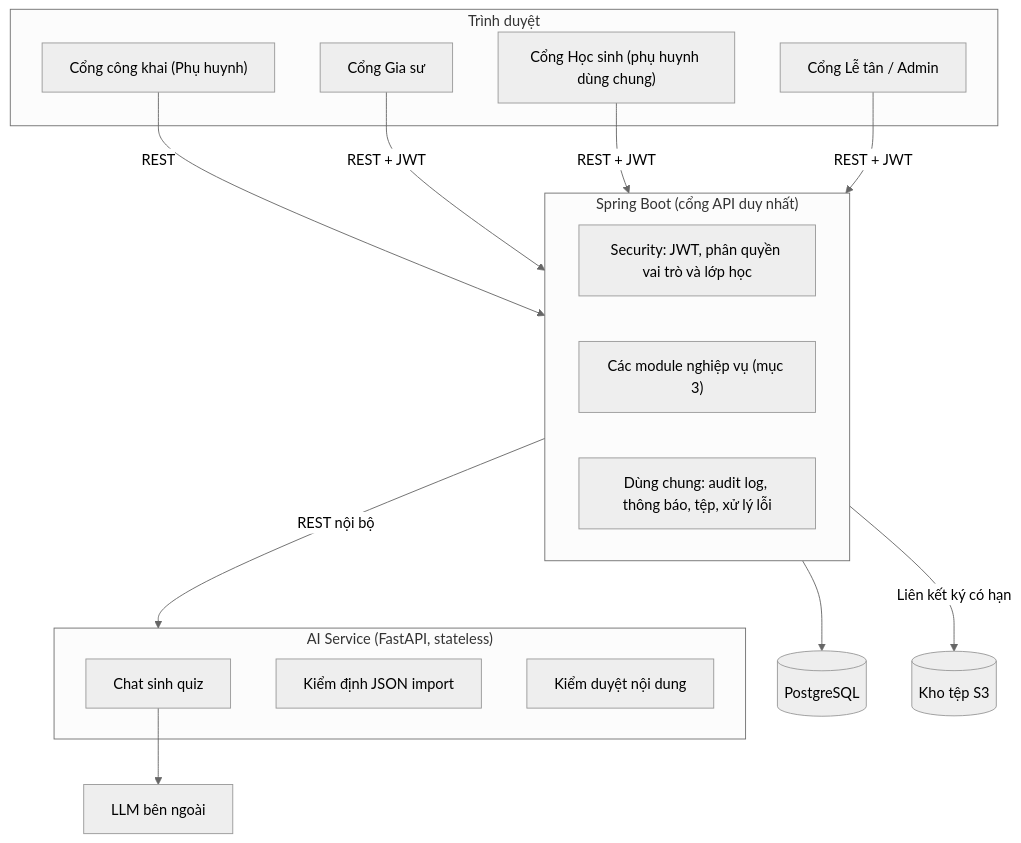
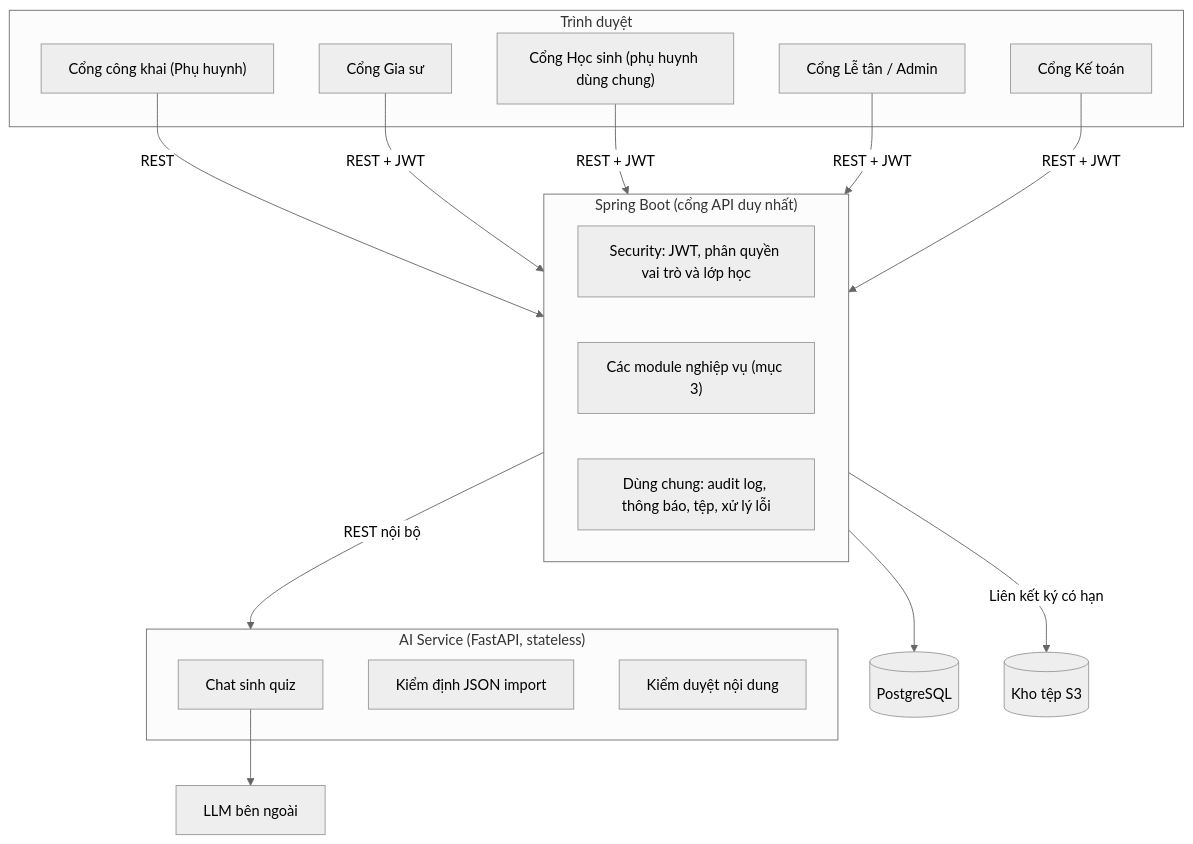
The first of 8 diagrams in docs/project/ARCHITECTURE.md (quangnguyenviet/English-tutor-platform-final-project-2026), drawn with Mermaid (neutral theme) before and after one commit. The commit also changed other lines of this file and 4 other files, not shown here.

````diff
--- a/docs/project/ARCHITECTURE.md
+++ b/docs/project/ARCHITECTURE.md
@@ -30,34 +30,36 @@
 ```mermaid
 graph TD
     subgraph Clients["Trình duyệt"]
         Public["Cổng công khai (Phụ huynh)"]
         Tutor["Cổng Gia sư"]
         Student["Cổng Học sinh (phụ huynh dùng chung)"]
         Staff["Cổng Lễ tân / Admin"]
+        Accountant["Cổng Kế toán"]
     end
 
     subgraph Backend["Spring Boot (cổng API duy nhất)"]
         Security["Security: JWT, phân quyền vai trò và lớp học"]
         Mods["Các module nghiệp vụ (mục 3)"]
         Common["Dùng chung: audit log, thông báo, tệp, xử lý lỗi"]
     end
 
     subgraph AI["AI Service (FastAPI, stateless)"]
         Chat["Chat sinh quiz"]
         Validate["Kiểm định JSON import"]
         Moderate["Kiểm duyệt nội dung"]
     end
 
     DB[("PostgreSQL")]
     Files[("Kho tệp S3")]
     LLM["LLM bên ngoài"]
 
     Public -->|REST| Backend
     Tutor -->|REST + JWT| Backend
     Student -->|REST + JWT| Backend
     Staff -->|REST + JWT| Backend
+    Accountant -->|REST + JWT| Backend
     Backend --> DB
     Backend -->|Liên kết ký có hạn| Files
     Backend -->|REST nội bộ| AI
     Chat --> LLM
 ```
````
